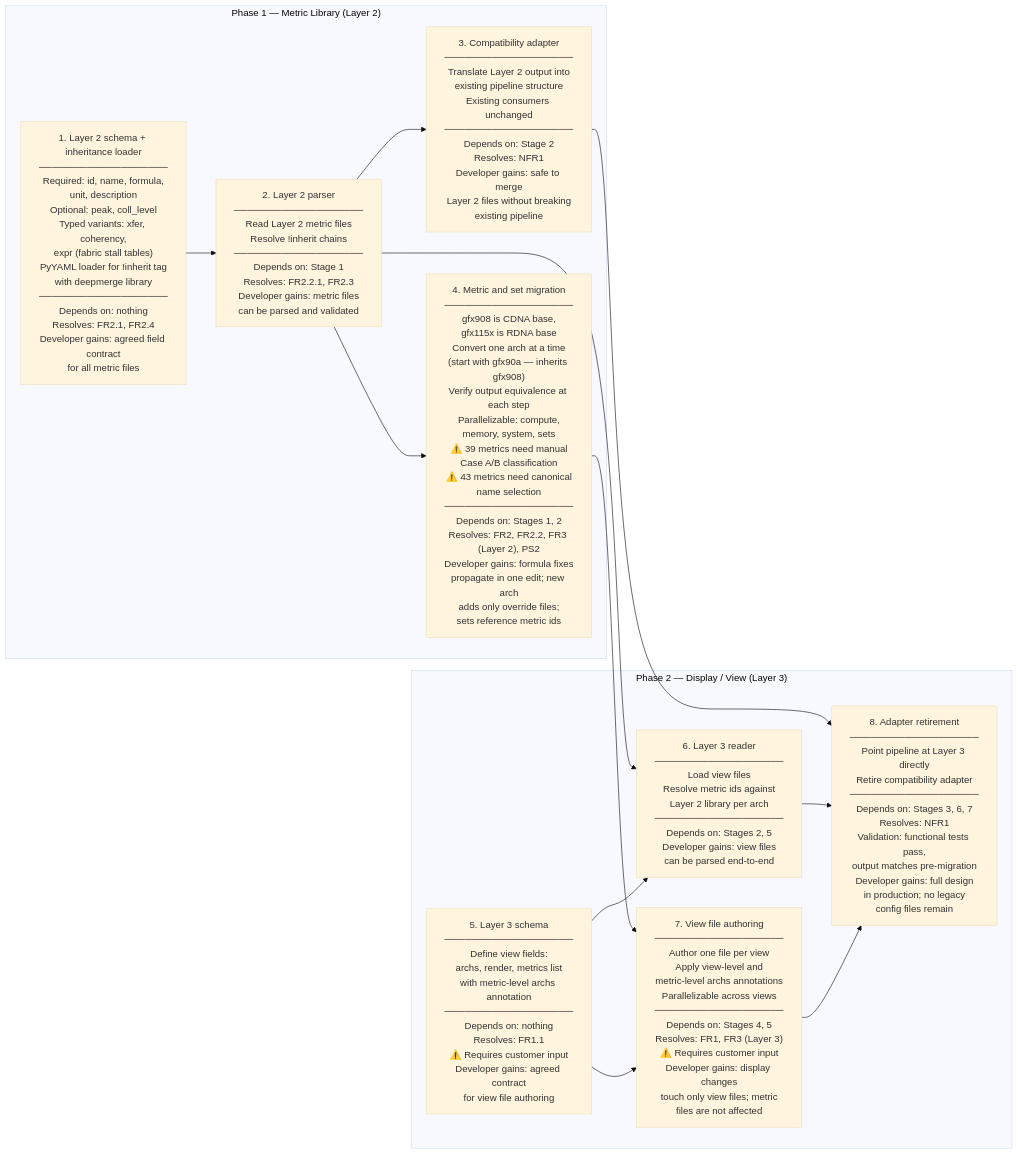
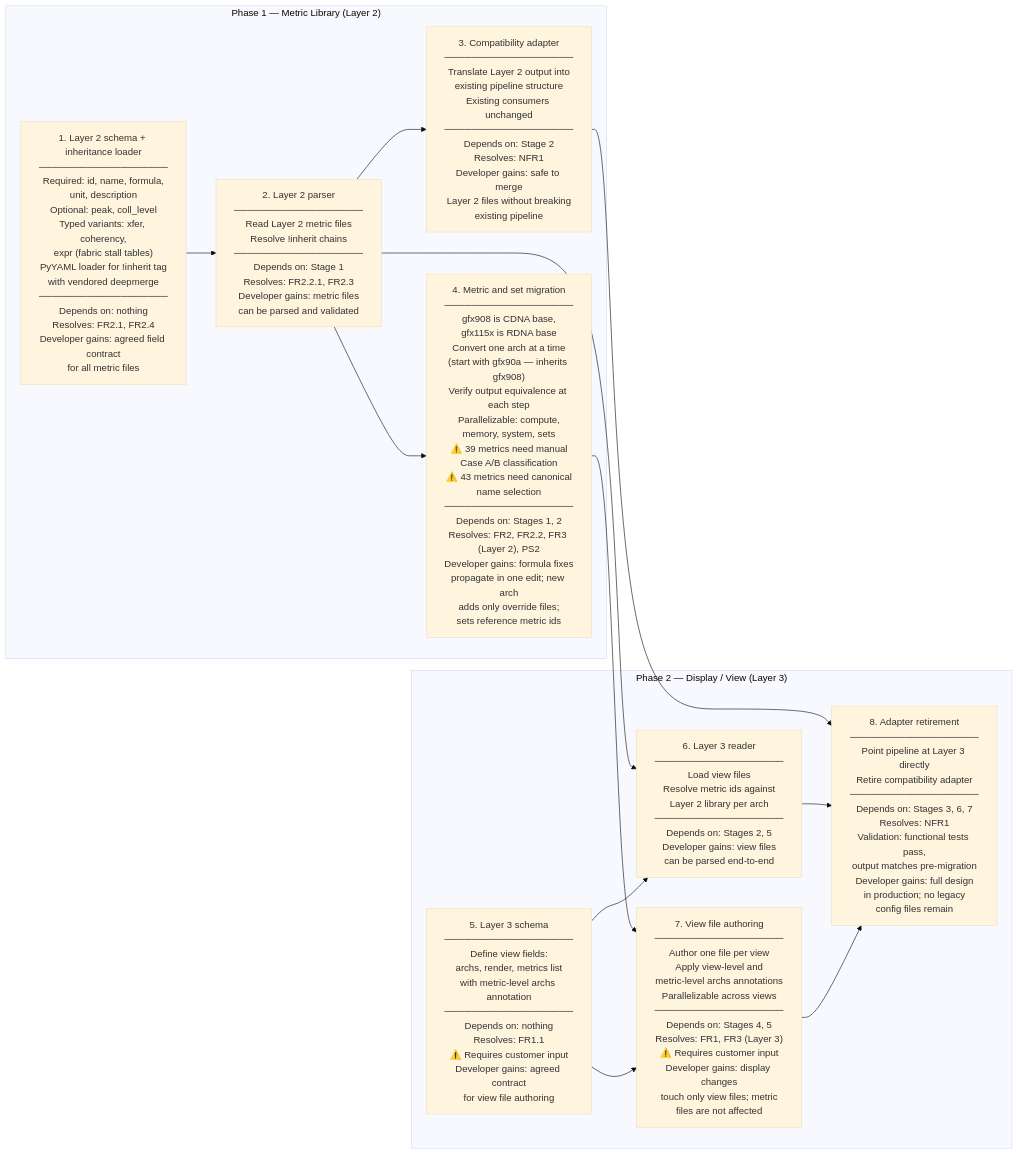
One commit to ROCm/rocm-systems changed the fifth of 5 diagrams in projects/rocprofiler-compute/docs/design/analysis-config-redesign/hld-analysis-config-redesign.md. Above: the diagram before and after it, drawn with Mermaid (base theme). The commit also changed other lines of this file and 1 other file, not shown here.

````diff
--- a/projects/rocprofiler-compute/docs/design/analysis-config-redesign/hld-analysis-config-redesign.md
+++ b/projects/rocprofiler-compute/docs/design/analysis-config-redesign/hld-analysis-config-redesign.md
@@ -489,27 +492,27 @@
 ```mermaid
 flowchart LR
     subgraph P1["Phase 1 — Metric Library (Layer 2)"]
-        s1["1. Layer 2 schema + inheritance loader\n───────────────────\nRequired: id, name, formula,\nunit, description\nOptional: peak, coll_level\nTyped variants: xfer, coherency,\nexpr (fabric stall tables)\nPyYAML loader for !inherit tag\nwith deepmerge library\n───────────────────\nDepends on: nothing\nResolves: FR2.1, FR2.4\nDeveloper gains: agreed field contract\nfor all metric files"]
+        s1["1. Layer 2 schema + inheritance loader\n───────────────────\nRequired: id, name, formula,\nunit, description\nOptional: peak, coll_level\nTyped variants: xfer, coherency,\nexpr (fabric stall tables)\nPyYAML loader for !inherit tag\nwith vendored deepmerge\n───────────────────\nDepends on: nothing\nResolves: FR2.1, FR2.4\nDeveloper gains: agreed field contract\nfor all metric files"]
         s2["2. Layer 2 parser\n───────────────────\nRead Layer 2 metric files\nResolve !inherit chains\n───────────────────\nDepends on: Stage 1\nResolves: FR2.2.1, FR2.3\nDeveloper gains: metric files\ncan be parsed and validated"]
         s3["3. Compatibility adapter\n───────────────────\nTranslate Layer 2 output into\nexisting pipeline structure\nExisting consumers unchanged\n───────────────────\nDepends on: Stage 2\nResolves: NFR1\nDeveloper gains: safe to merge\nLayer 2 files without breaking\nexisting pipeline"]
         s4["4. Metric and set migration\n───────────────────\ngfx908 is CDNA base,\ngfx115x is RDNA base\nConvert one arch at a time\n(start with gfx90a — inherits gfx908)\nVerify output equivalence at each step\nParallelizable: compute,\nmemory, system, sets\n⚠️ 39 metrics need manual\nCase A/B classification\n⚠️ 43 metrics need canonical\nname selection\n───────────────────\nDepends on: Stages 1, 2\nResolves: FR2, FR2.2, FR3 (Layer 2), PS2\nDeveloper gains: formula fixes\npropagate in one edit; new arch\nadds only override files;\nsets reference metric ids"]
     end
 
     subgraph P2["Phase 2 — Display / View (Layer 3)"]
         s5["5. Layer 3 schema\n───────────────────\nDefine view fields:\narchs, render, metrics list\nwith metric-level archs annotation\n───────────────────\nDepends on: nothing\nResolves: FR1.1\n⚠️ Requires customer input\nDeveloper gains: agreed contract\nfor view file authoring"]
         s6["6. Layer 3 reader\n───────────────────\nLoad view files\nResolve metric ids against\nLayer 2 library per arch\n───────────────────\nDepends on: Stages 2, 5\nDeveloper gains: view files\ncan be parsed end-to-end"]
         s7["7. View file authoring\n───────────────────\nAuthor one file per view\nApply view-level and\nmetric-level archs annotations\nParallelizable across views\n───────────────────\nDepends on: Stages 4, 5\nResolves: FR1, FR3 (Layer 3)\n⚠️ Requires customer input\nDeveloper gains: display changes\ntouch only view files; metric\nfiles are not affected"]
         s8["8. Adapter retirement\n───────────────────\nPoint pipeline at Layer 3 directly\nRetire compatibility adapter\n───────────────────\nDepends on: Stages 3, 6, 7\nResolves: NFR1\nValidation: functional tests pass,\noutput matches pre-migration\nDeveloper gains: full design\nin production; no legacy\nconfig files remain"]
     end
 
     s1 --> s2
     s2 --> s3
     s2 --> s4
     s2 --> s6
     s3 --> s8
     s4 --> s7
     s5 --> s6
     s5 --> s7
     s6 --> s8
     s7 --> s8
 ```
````
